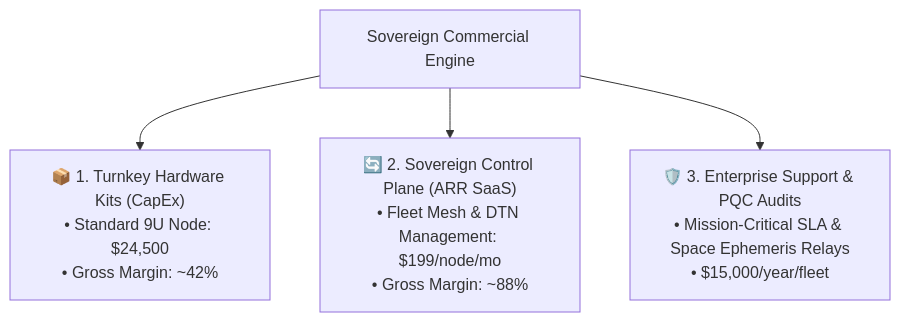
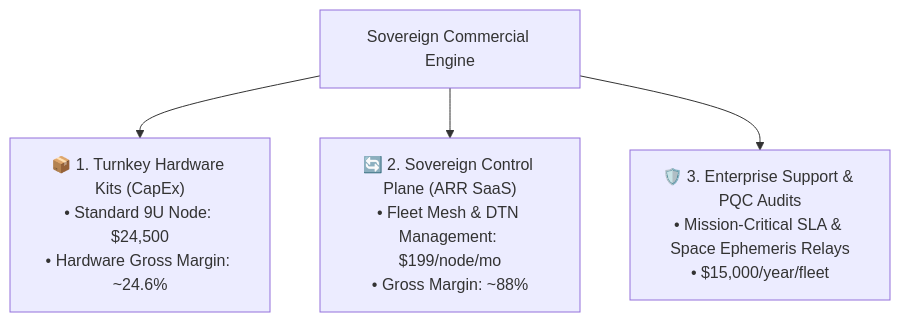
One commit to iliachry/sovereign-mini-datacenter changed the third of 5 diagrams in COMMERCIALIZATION.md. Above: the diagram before and after it, drawn with Mermaid. The commit also changed other lines of this file and 174 other files, not shown here.

````diff
--- a/COMMERCIALIZATION.md
+++ b/COMMERCIALIZATION.md
@@ -77,8 +77,8 @@
 ```mermaid
 flowchart TD
     SMDC["Sovereign Commercial Engine"]
     
-    SMDC --> H["📦 1. Turnkey Hardware Kits (CapEx)<br/>• Standard 9U Node: $24,500<br/>• Gross Margin: ~42%"]
+    SMDC --> H["📦 1. Turnkey Hardware Kits (CapEx)<br/>• Standard 9U Node: $24,500<br/>• Hardware Gross Margin: ~24.6%"]
     SMDC --> S["🔄 2. Sovereign Control Plane (ARR SaaS)<br/>• Fleet Mesh & DTN Management: $199/node/mo<br/>• Gross Margin: ~88%"]
     SMDC --> E["🛡️ 3. Enterprise Support & PQC Audits<br/>• Mission-Critical SLA & Space Ephemeris Relays<br/>• $15,000/year/fleet"]
 ```
````
